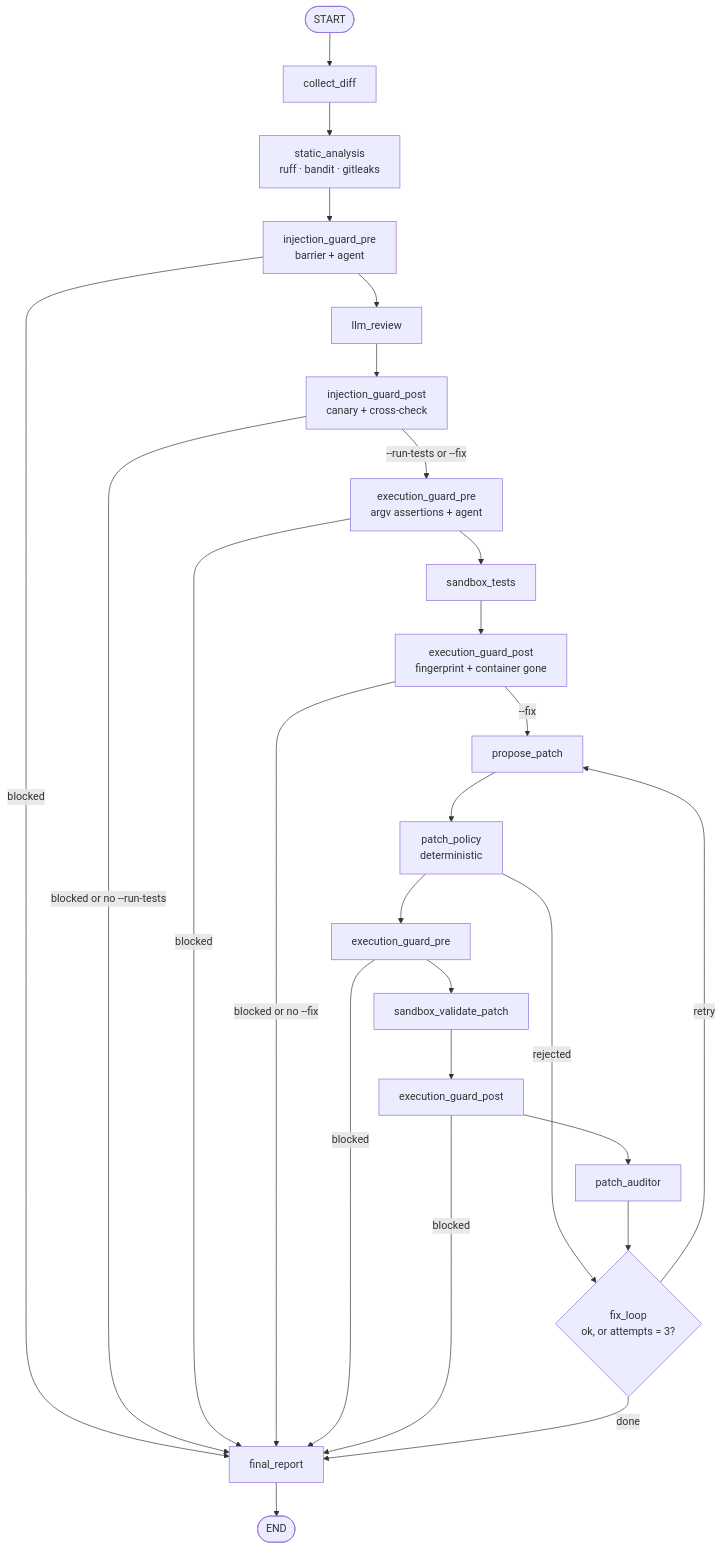
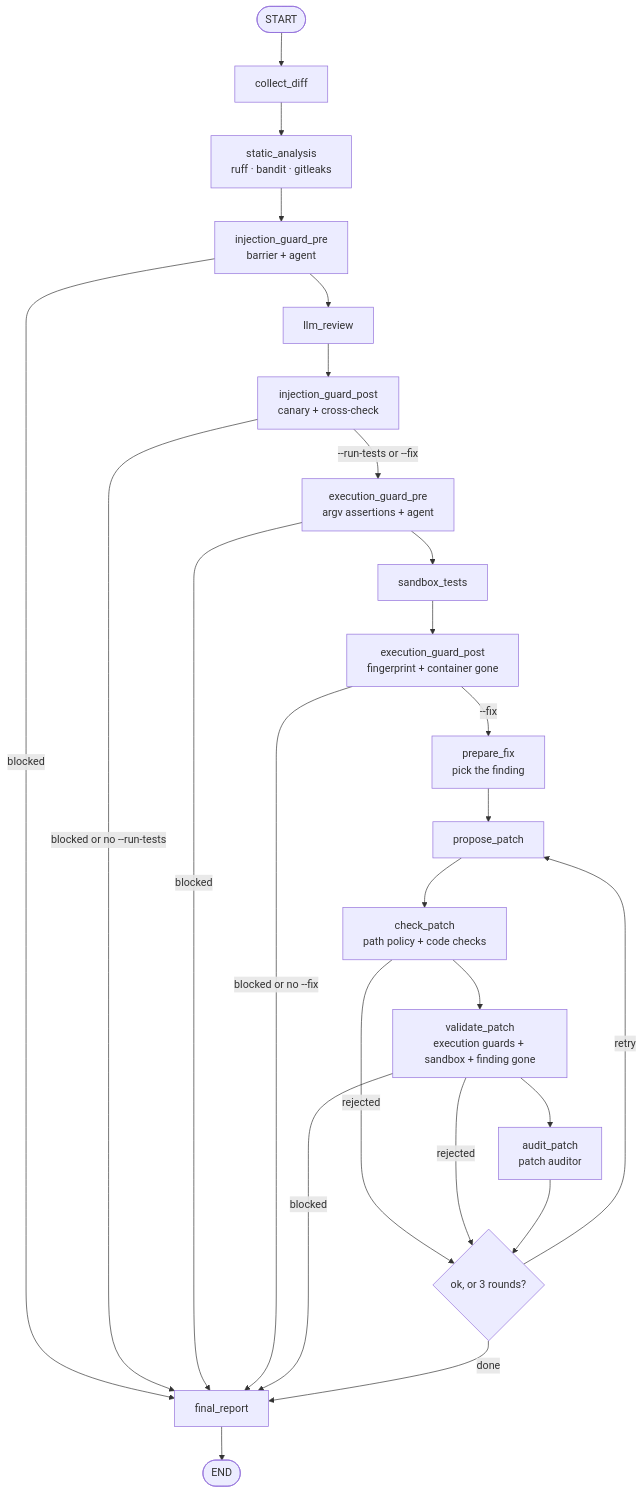
One commit to aymanbelbachir/git-reviewer changed the diagram in docs/ARCHITECTURE.md. Above: the diagram before and after it, drawn with Mermaid. The commit also changed other lines of this file and 35 other files, not shown here.

First line of the commit message:
feat: patch proposal, sandbox validation and the patch auditor (phase 5)

````diff
--- a/docs/ARCHITECTURE.md
+++ b/docs/ARCHITECTURE.md
@@ -139,28 +142,27 @@
 ```mermaid
 flowchart TD
     S([START]) --> collect[collect_diff]
     collect --> static[static_analysis<br/>ruff · bandit · gitleaks]
     static --> ipre[injection_guard_pre<br/>barrier + agent]
     ipre -->|blocked| report
     ipre --> review[llm_review]
     review --> ipost[injection_guard_post<br/>canary + cross-check]
     ipost -->|blocked or no --run-tests| report
     ipost -->|--run-tests or --fix| epre[execution_guard_pre<br/>argv assertions + agent]
     epre -->|blocked| report
     epre --> tests[sandbox_tests]
     tests --> epost[execution_guard_post<br/>fingerprint + container gone]
     epost -->|blocked or no --fix| report
-    epost -->|--fix| author[propose_patch]
-    author --> ppol[patch_policy<br/>deterministic]
-    ppol -->|rejected| loop
-    ppol --> vpre[execution_guard_pre]
-    vpre -->|blocked| report
-    vpre --> validate[sandbox_validate_patch]
-    validate --> vpost[execution_guard_post]
-    vpost -->|blocked| report
-    vpost --> audit[patch_auditor]
-    audit --> loop{fix_loop<br/>ok, or attempts = 3?}
+    epost -->|--fix| prepare[prepare_fix<br/>pick the finding]
+    prepare --> author[propose_patch]
+    author --> check[check_patch<br/>path policy + code checks]
+    check -->|rejected| loop
+    check --> validate[validate_patch<br/>execution guards + sandbox + finding gone]
+    validate -->|blocked| report
+    validate -->|rejected| loop
+    validate --> audit[audit_patch<br/>patch auditor]
+    audit --> loop{ok, or 3 rounds?}
     loop -->|retry| author
     loop -->|done| report[final_report]
     report --> E([END])
 ```
````
